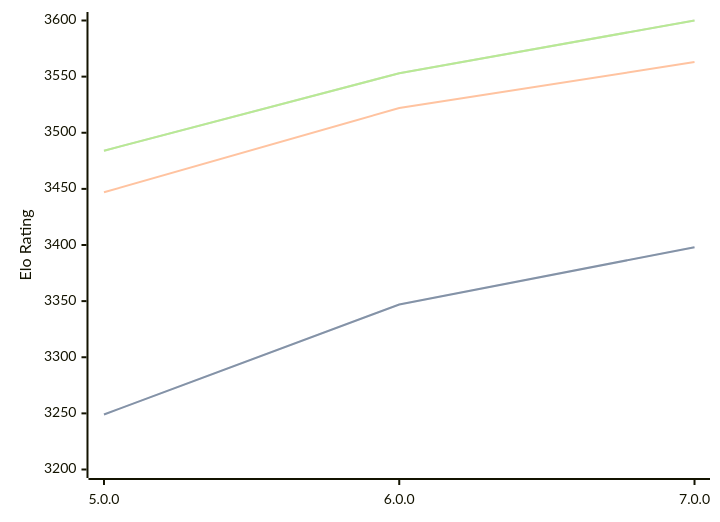
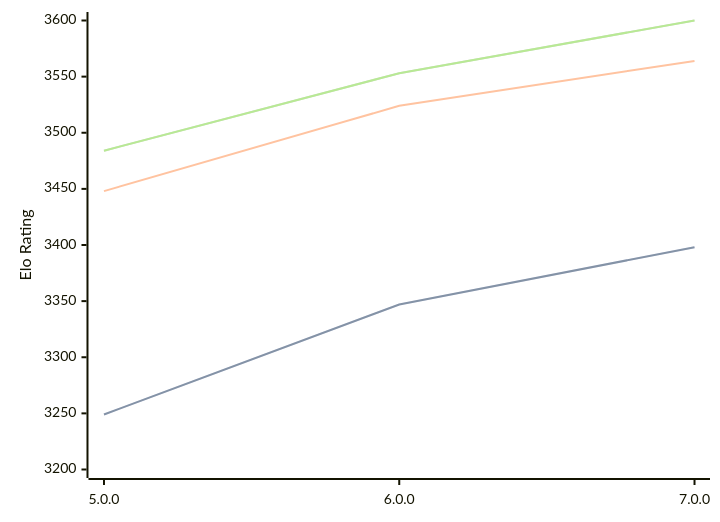
Before and after one commit to computer-chess-index/cci: the diagram in engines/Stormphrax.md, drawn with Mermaid. The commit also changed other lines of this file, not shown here.

````diff
--- a/engines/Stormphrax.md
+++ b/engines/Stormphrax.md
@@ -38,11 +38,11 @@
 ```mermaid
 %%{init: {"theme":"base","themeVariables":{"seriesColors:['#a3a3a3','#222221','#faa371']}}}%%
 xychart-beta
   x-axis ["5.0.0", "6.0.0", "7.0.0"]
   y-axis "Elo Rating" 3200 --> 3600
   line "STC (8.0+0.08s)" [3249, 3347, 3398]
   line "STC (8.0+0.08s)" [3249, 3347, 3398]
-  line "LTC (60.0+0.60s)" [3447, 3522, 3563]
+  line "LTC (60.0+0.60s)" [3448, 3524, 3564]
   line "VLTC (2m24s+1.12s)" [3484, 3553, 3600]
   line "VLTC (2m24s+1.12s)" [3484, 3553, 3600]
 ```
````
